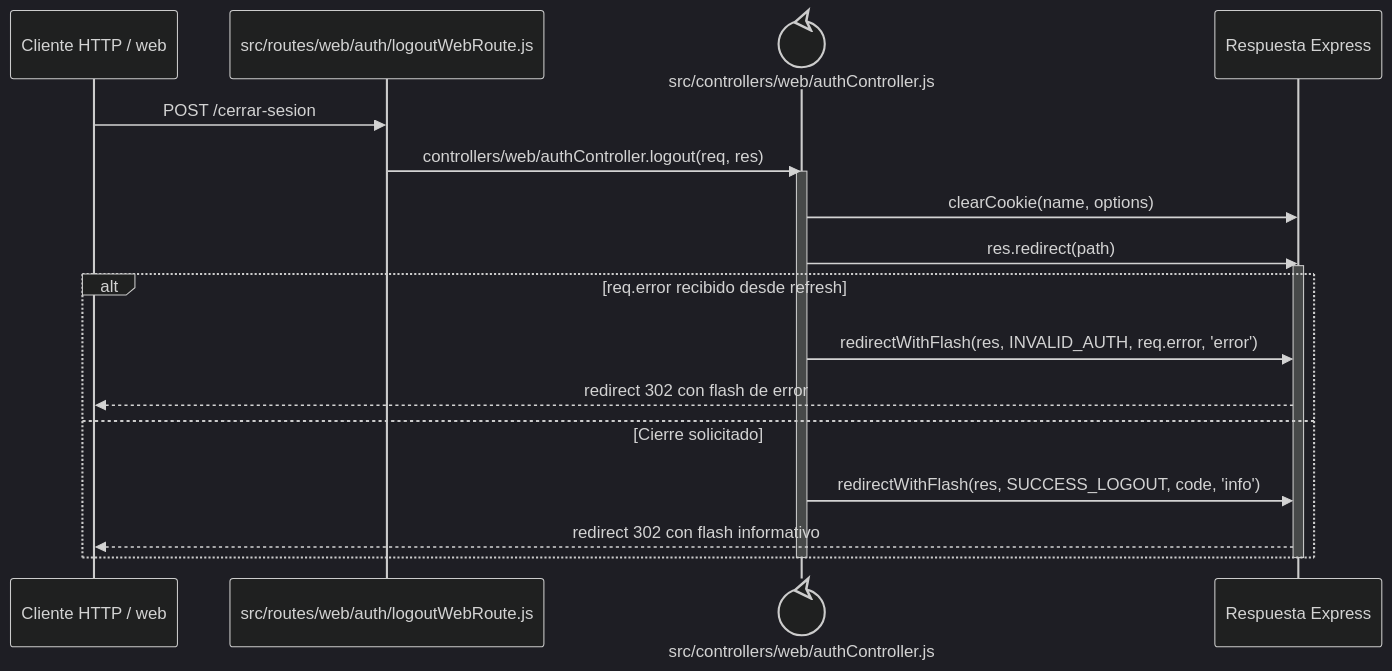
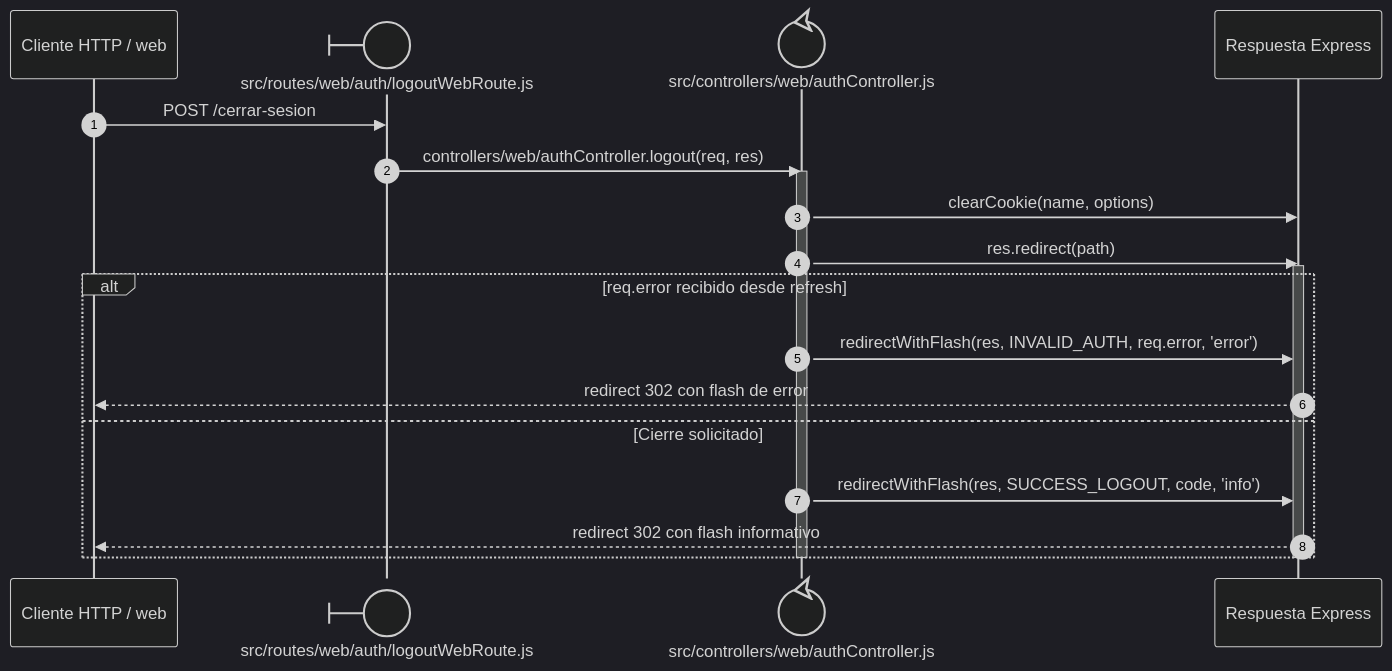
One commit to gpgsistemas01/nexus changed the diagram in docs/architecture/views/processes/backend-code-sequences/authentication/cu-aut-02.md. Above: the diagram before and after it, drawn with Mermaid (dark theme). The commit also changed 198 other files, not shown here.

Commit message:
docs: mejorar notación UML y distribución de diagramas Mermaid

````diff
--- a/docs/architecture/views/processes/backend-code-sequences/authentication/cu-aut-02.md
+++ b/docs/architecture/views/processes/backend-code-sequences/authentication/cu-aut-02.md
@@ -6,23 +6,24 @@
 ```mermaid
 sequenceDiagram
+    autonumber
     participant Client as Cliente HTTP / web
-    participant Route as src/routes/web/auth/logoutWebRoute.js
+    participant Route@{ "type": "boundary" } as src/routes/web/auth/logoutWebRoute.js
     participant Controller@{ "type": "control" } as src/controllers/web/authController.js
     participant Response as Respuesta Express
 
     Client->>Route: POST /cerrar-sesion
     Route->>Controller: controllers/web/authController.logout(req, res)
     activate Controller
     Controller->>Response: clearCookie(name, options)
     Controller->>Response: res.redirect(path)
     activate Response
     alt req.error recibido desde refresh
         Controller->>Response: redirectWithFlash(res, INVALID_AUTH, req.error, 'error')
         Response-->>Client: redirect 302 con flash de error
     else Cierre solicitado
         Controller->>Response: redirectWithFlash(res, SUCCESS_LOGOUT, code, 'info')
         Response-->>Client: redirect 302 con flash informativo
     end
     deactivate Response
     deactivate Controller
 ```
````
